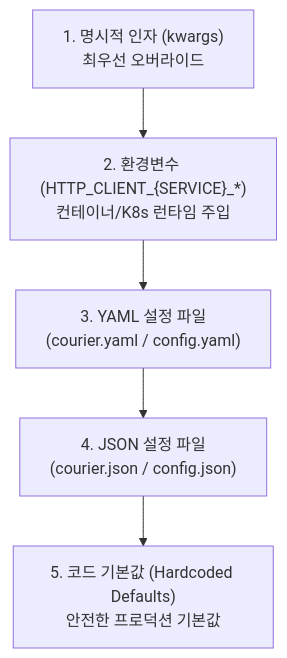
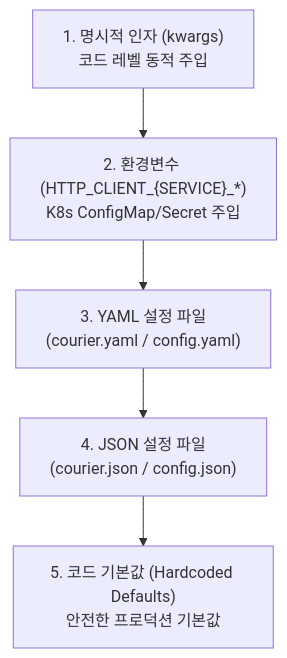
One commit to ozplayground/python-package changed the diagram in docs/courier/devops-engineer/01_DEPLOYMENT_SPEC.md. Above: the diagram before and after it, drawn with Mermaid. The commit also changed other lines of this file and 53 other files, not shown here.

````diff
--- a/docs/courier/devops-engineer/01_DEPLOYMENT_SPEC.md
+++ b/docs/courier/devops-engineer/01_DEPLOYMENT_SPEC.md
@@ -53,7 +57,7 @@
 ```mermaid
 flowchart TD
-    A["1. 명시적 인자 (kwargs)<br/>최우선 오버라이드"] --> B["2. 환경변수 (HTTP_CLIENT_{SERVICE}_*)<br/>컨테이너/K8s 런타임 주입"]
+    A["1. 명시적 인자 (kwargs)<br/>코드 레벨 동적 주입"] --> B["2. 환경변수 (HTTP_CLIENT_{SERVICE}_*)<br/>K8s ConfigMap/Secret 주입"]
     B --> C["3. YAML 설정 파일<br/>(courier.yaml / config.yaml)"]
     C --> D["4. JSON 설정 파일<br/>(courier.json / config.json)"]
     D --> E["5. 코드 기본값 (Hardcoded Defaults)<br/>안전한 프로덕션 기본값"]
 ```
````
